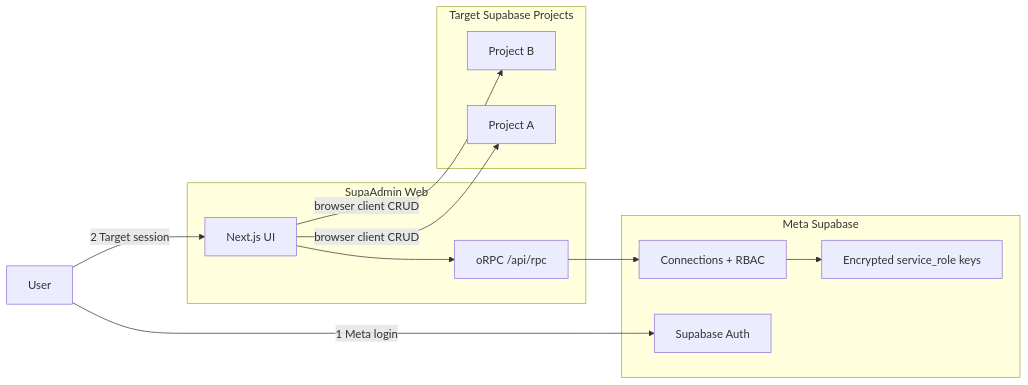
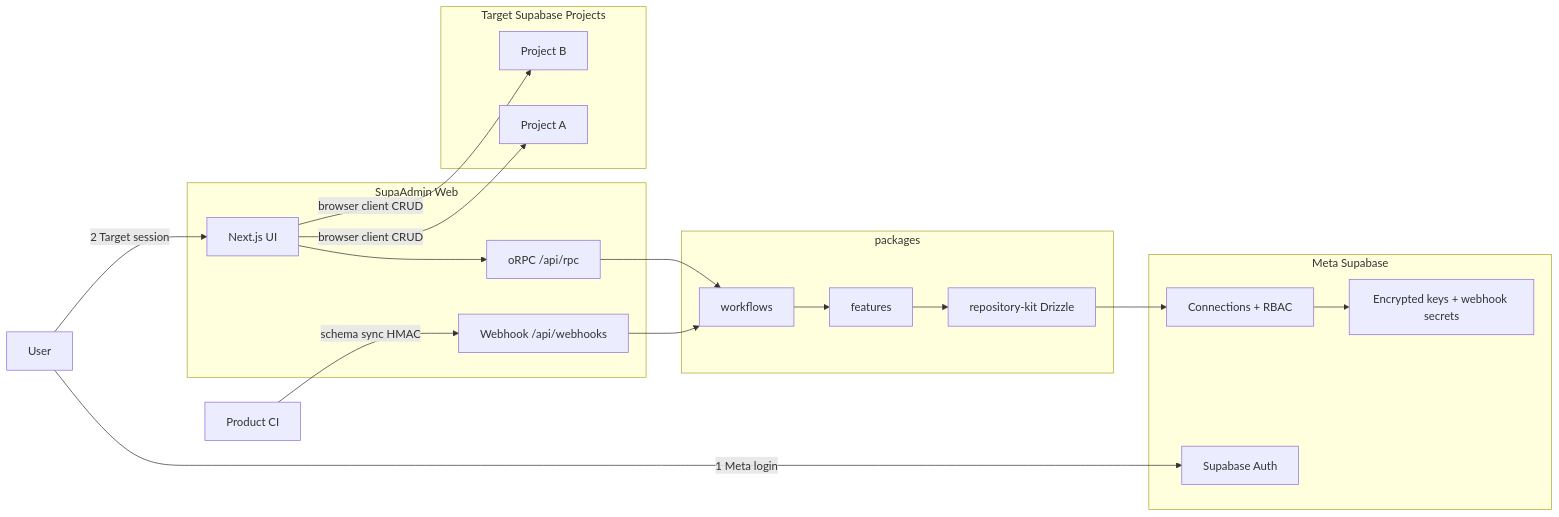
Before and after one commit to mizukendesu/supa-admin: the diagram in README.md, drawn with Mermaid. The commit also changed other lines of this file and 204 other files, not shown here.

First line of the commit message:
feat: rearch to DDD features, workflows, and architecture harness

````diff
--- a/README.md
+++ b/README.md
@@ -49,22 +49,29 @@
 ```mermaid
 flowchart LR
   subgraph meta [Meta Supabase]
     Auth[Supabase Auth]
     Registry[Connections + RBAC]
-    EncKeys[Encrypted service_role keys]
+    EncKeys[Encrypted keys + webhook secrets]
   end
   subgraph app [SupaAdmin Web]
     UI[Next.js UI]
     ORPC[oRPC /api/rpc]
+    WH[Webhook /api/webhooks]
+  end
+  subgraph pkg [packages]
+    WF[workflows]
+    FEAT[features]
+    RK[repository-kit Drizzle]
   end
   subgraph targets [Target Supabase Projects]
     T1[Project A]
     T2[Project B]
   end
   User -->|1 Meta login| Auth
-  UI --> ORPC --> Registry
+  UI --> ORPC --> WF --> FEAT --> RK --> Registry
+  CI[Product CI] -->|schema sync HMAC| WH --> WF
   User -->|2 Target session| UI
   UI -->|browser client CRUD| T1
   UI -->|browser client CRUD| T2
   Registry --> EncKeys
 ```
````
